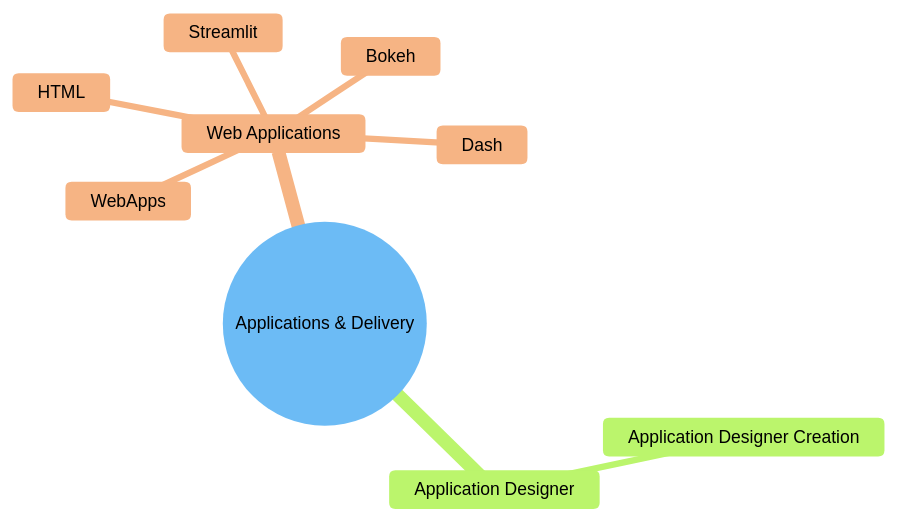
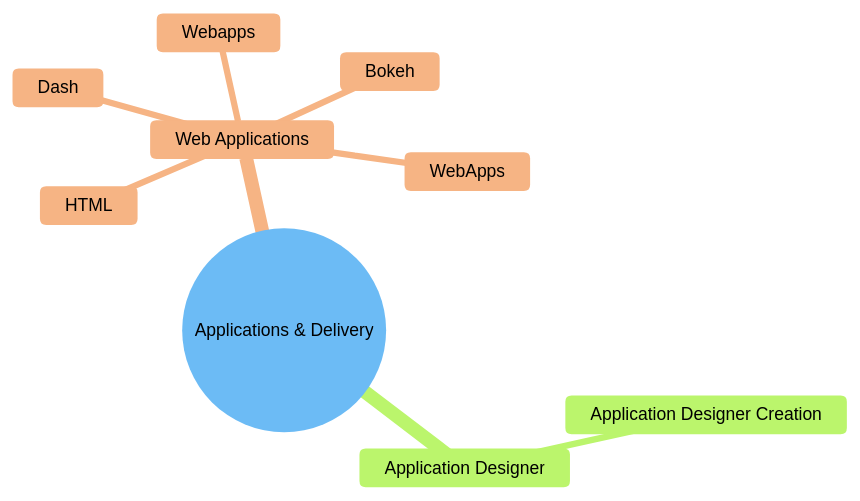
One commit to dataiku/dss-plugin-dataiku-pulse changed the fourth of 7 diagrams in docs/infrastructure/pulse_usage_categories.md. Above: the diagram before and after it, drawn with Mermaid. The commit also changed other lines of this file and 5 other files, not shown here.

````diff
--- a/docs/infrastructure/pulse_usage_categories.md
+++ b/docs/infrastructure/pulse_usage_categories.md
@@ -96,24 +96,24 @@
 ```mermaid
 %%{init: {
   'theme': 'base',
   'themeVariables': {
     'background': '#ffffff',
     'primaryColor': '#E3F2FD',
     'primaryTextColor': '#000000',
     'primaryBorderColor': '#1E88E5',
     'lineColor': '#333333',
     'fontSize': '14px'
   }
 }}%%
 
 mindmap
   root((Applications & Delivery))
     Application Designer
       Application Designer Creation
     Web Applications
       WebApps
       Bokeh
       Dash
       HTML
-      Streamlit
+      Webapps
 ```
````
